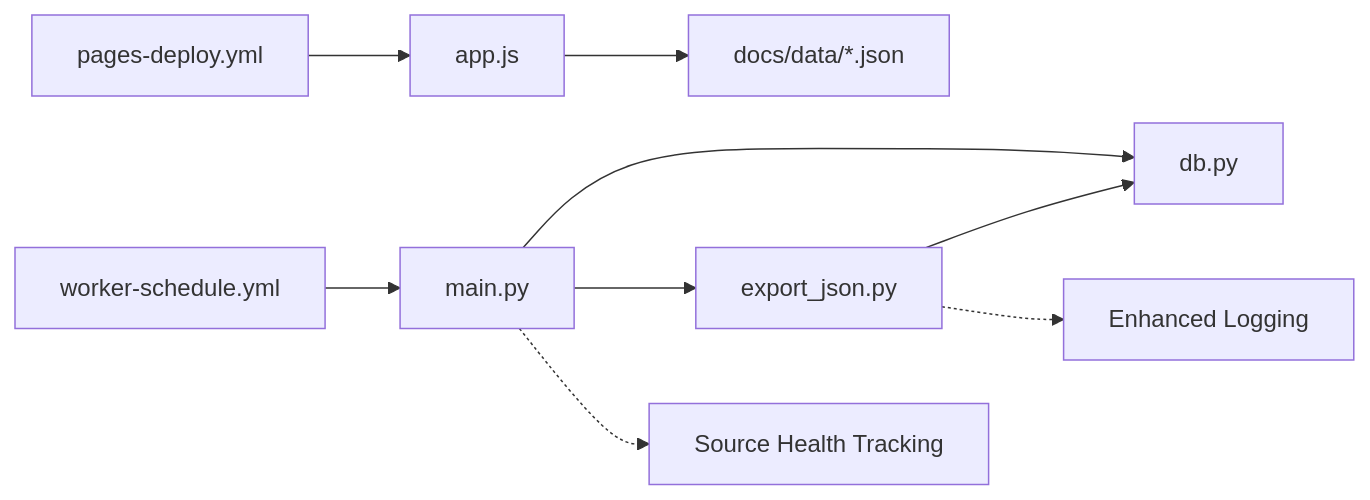
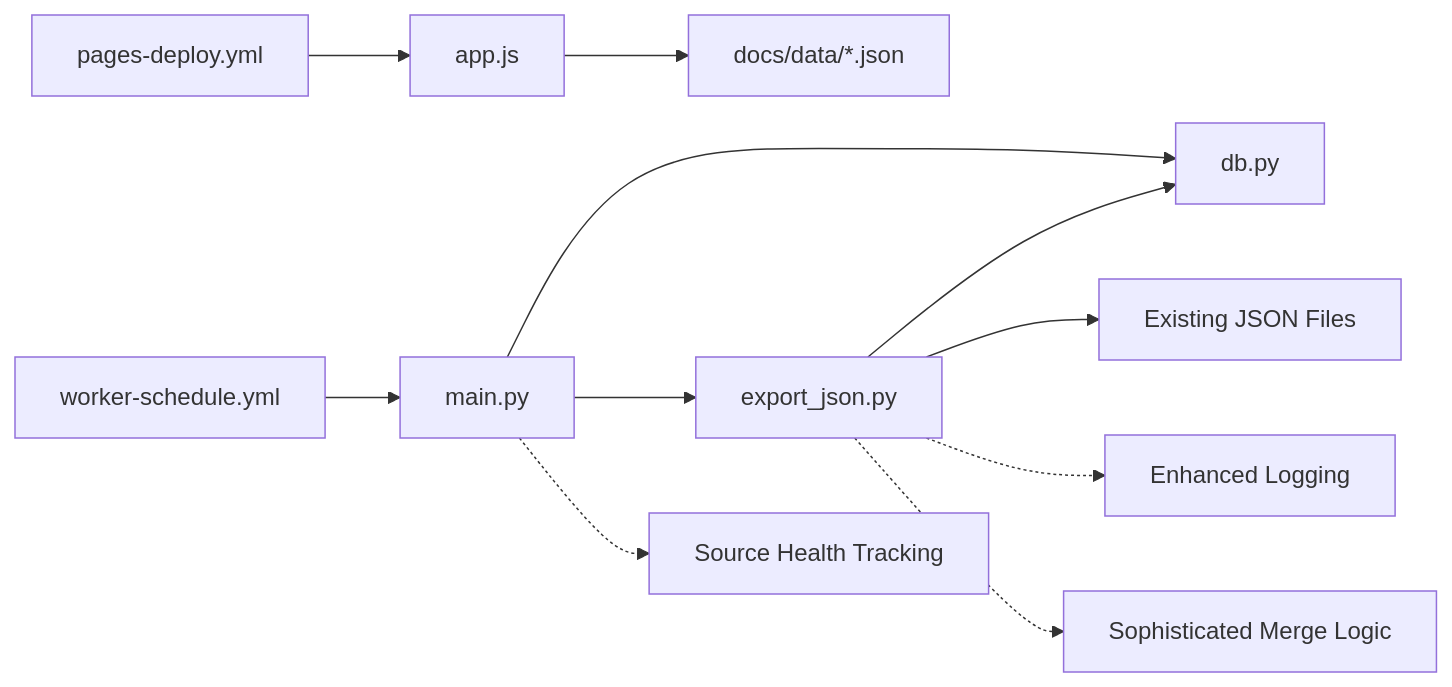
One commit to shakthi-vinayak/news changed the sixth of 6 diagrams in .qoder/repowiki/en/content/Data Management/JSON Export System.md. Above: the diagram before and after it, drawn with Mermaid. The commit also changed other lines of this file and 55 other files, not shown here.

````diff
--- a/.qoder/repowiki/en/content/Data Management/JSON Export System.md
+++ b/.qoder/repowiki/en/content/Data Management/JSON Export System.md
@@ -427,11 +422,13 @@
 ```mermaid
 graph LR
 MAIN["main.py"] --> DB["db.py"]
 MAIN --> EXP["export_json.py"]
 EXP --> DB
+EXP --> EXISTING["Existing JSON Files"]
 APP["app.js"] --> DATA["docs/data/*.json"]
 SCHED["worker-schedule.yml"] --> MAIN
 PAGES["pages-deploy.yml"] --> APP
 MAIN -.-> HEALTH["Source Health Tracking"]
 EXP -.-> LOGGING["Enhanced Logging"]
+EXP -.-> MERGE["Sophisticated Merge Logic"]
 ```
````
